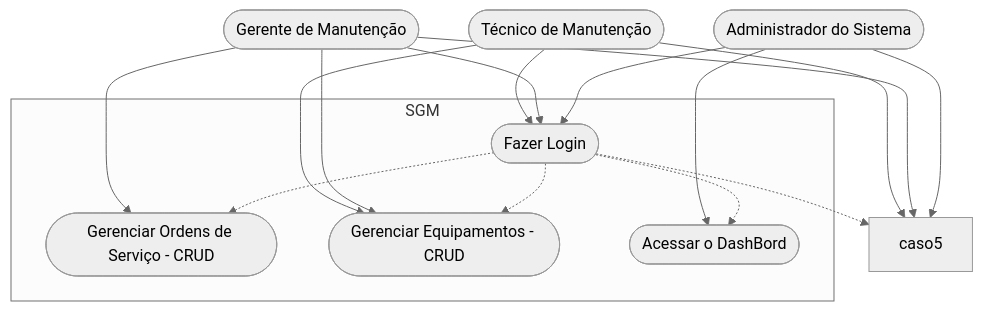
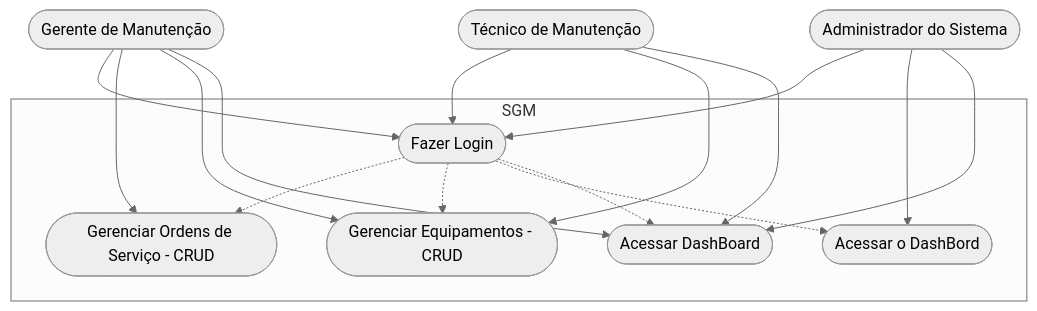
The second of 2 diagrams in Frameworks/Next/formativa-sgm/README.md (Isabela959/FrontEnd), drawn with Mermaid (neutral theme) before and after one commit.

Commit message:
25/09/2025

````diff
--- a/Frameworks/Next/formativa-sgm/README.md
+++ b/Frameworks/Next/formativa-sgm/README.md
@@ -102,34 +102,35 @@
 ```mermaid
 
 graph TD
 
     subgraph "SGM"
         caso1([Fazer Login])
         caso2([Gerenciar Ordens de Serviço - CRUD])
         caso3([Gerenciar Equipamentos - CRUD])
         caso4([Gerenciar Usuários])
         caso4([Acessar o DashBord])
+        caso5([Acessar DashBoard])
     end
 
     Tecnico([Técnico de Manutenção])
     Gerente([Gerente de Manutenção])
     Admin([Administrador do Sistema])
 
     Tecnico --> caso1
     Tecnico --> caso3
     Tecnico --> caso5
 
     Gerente --> caso1
     Gerente --> caso2
     Gerente --> caso3
     Gerente --> caso5
 
     Admin --> caso1
     Admin --> caso4
     Admin --> caso5
 
     caso1 -.-> caso2
     caso1 -.-> caso3
     caso1 -.-> caso4
     caso1 -.-> caso5
 ```
````
